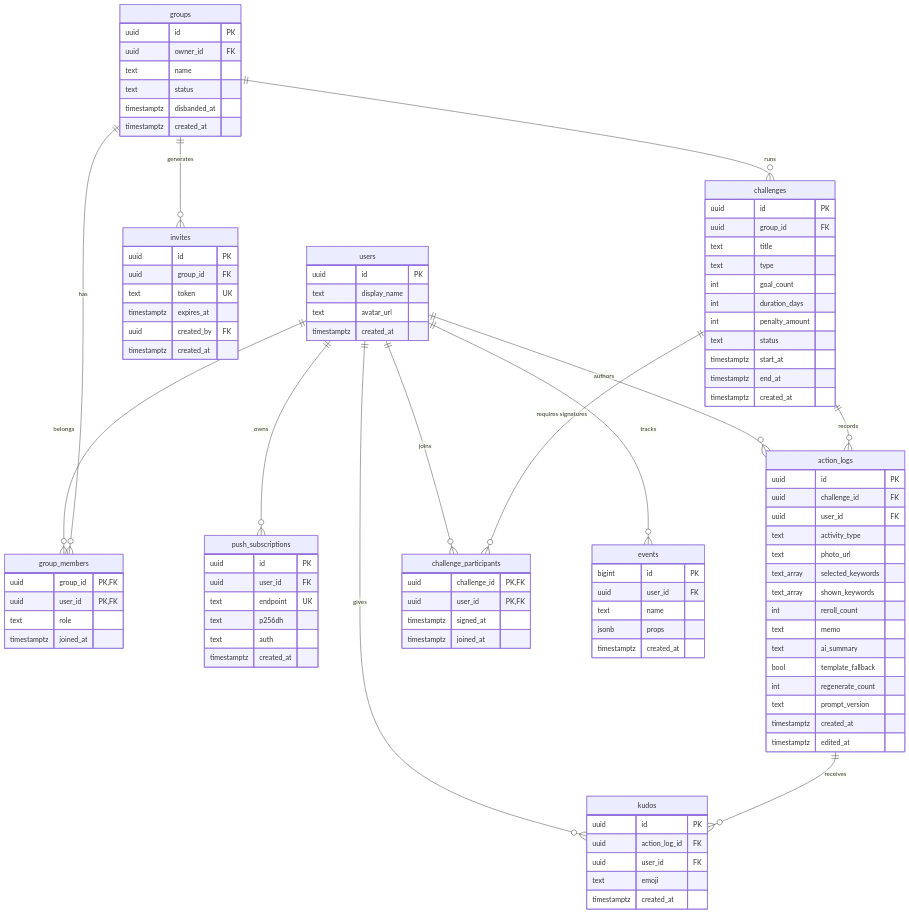
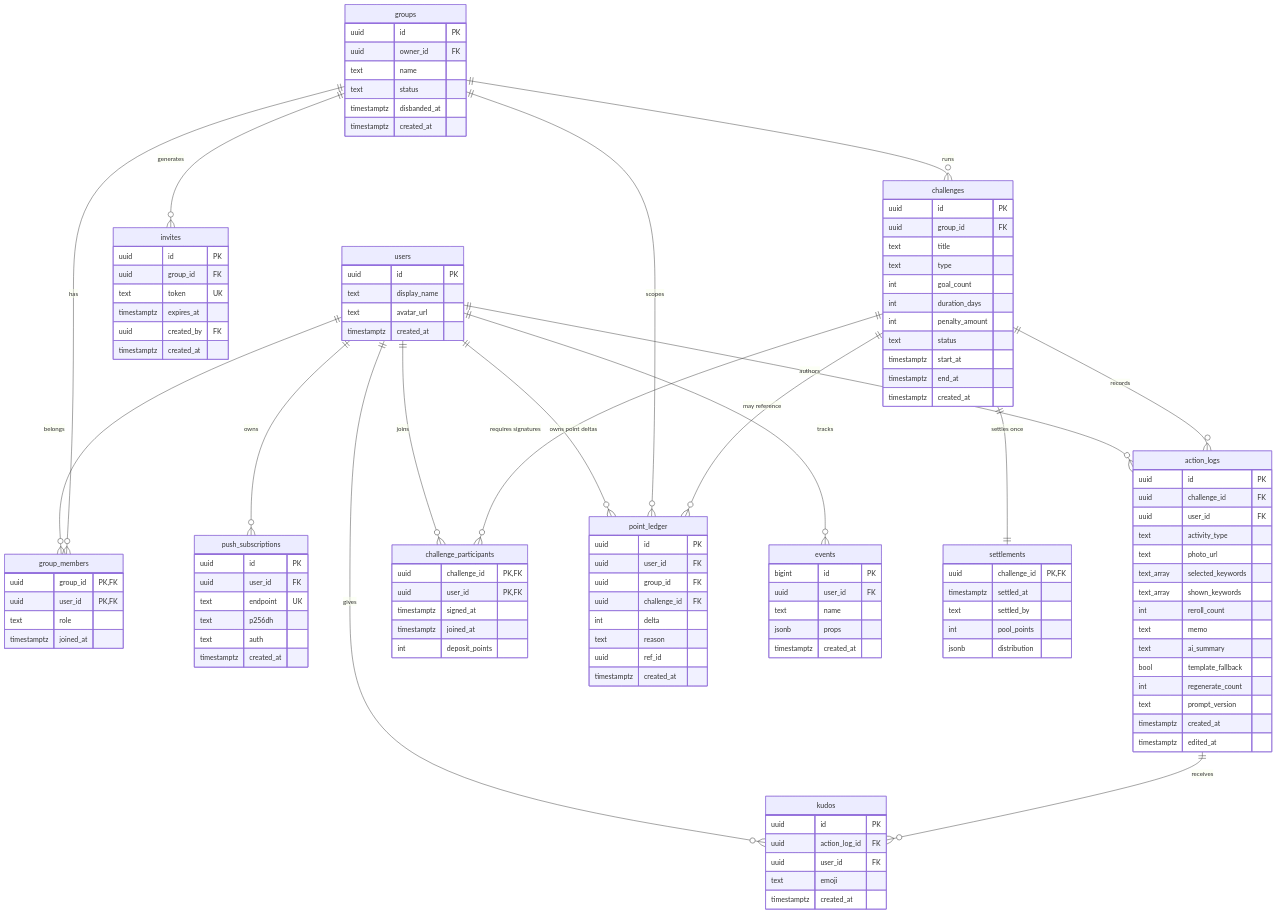
Before and after one commit to pistachio8/with-key-app: the first of 2 diagrams in docs/BE_SCHEMA.md, drawn with Mermaid. The commit also changed other lines of this file and 6 other files, not shown here.

```diff
--- a/docs/BE_SCHEMA.md
+++ b/docs/BE_SCHEMA.md
@@ -76,14 +78,18 @@
     users ||--o{ action_logs : "authors"
     users ||--o{ kudos : "gives"
     users ||--o{ challenge_participants : "joins"
+    users ||--o{ point_ledger : "owns point deltas"
     users ||--o{ events : "tracks"
 
     groups ||--o{ group_members : "has"
     groups ||--o{ invites : "generates"
     groups ||--o{ challenges : "runs"
+    groups ||--o{ point_ledger : "scopes"
 
     challenges ||--o{ challenge_participants : "requires signatures"
     challenges ||--o{ action_logs : "records"
+    challenges ||--o{ point_ledger : "may reference"
+    challenges ||--|| settlements : "settles once"
 
     action_logs ||--o{ kudos : "receives"
 
@@ -133,6 +139,24 @@
         uuid user_id PK,FK
         timestamptz signed_at
         timestamptz joined_at
+        int deposit_points
+    }
+    point_ledger {
+        uuid id PK
+        uuid user_id FK
+        uuid group_id FK
+        uuid challenge_id FK
+        int delta
+        text reason
+        uuid ref_id
+        timestamptz created_at
+    }
+    settlements {
+        uuid challenge_id PK,FK
+        timestamptz settled_at
+        text settled_by
+        int pool_points
+        jsonb distribution
     }
     action_logs {
         uuid id PK
```
